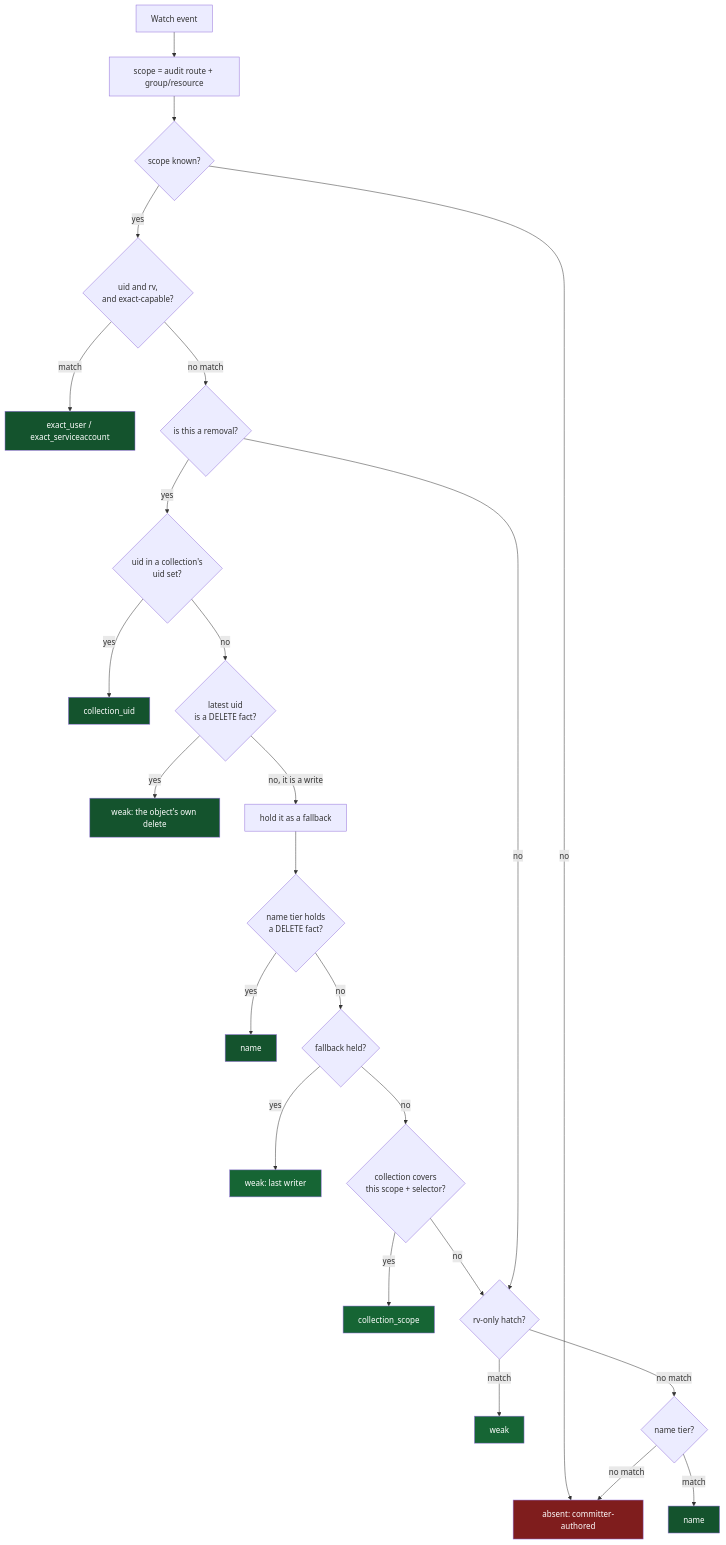
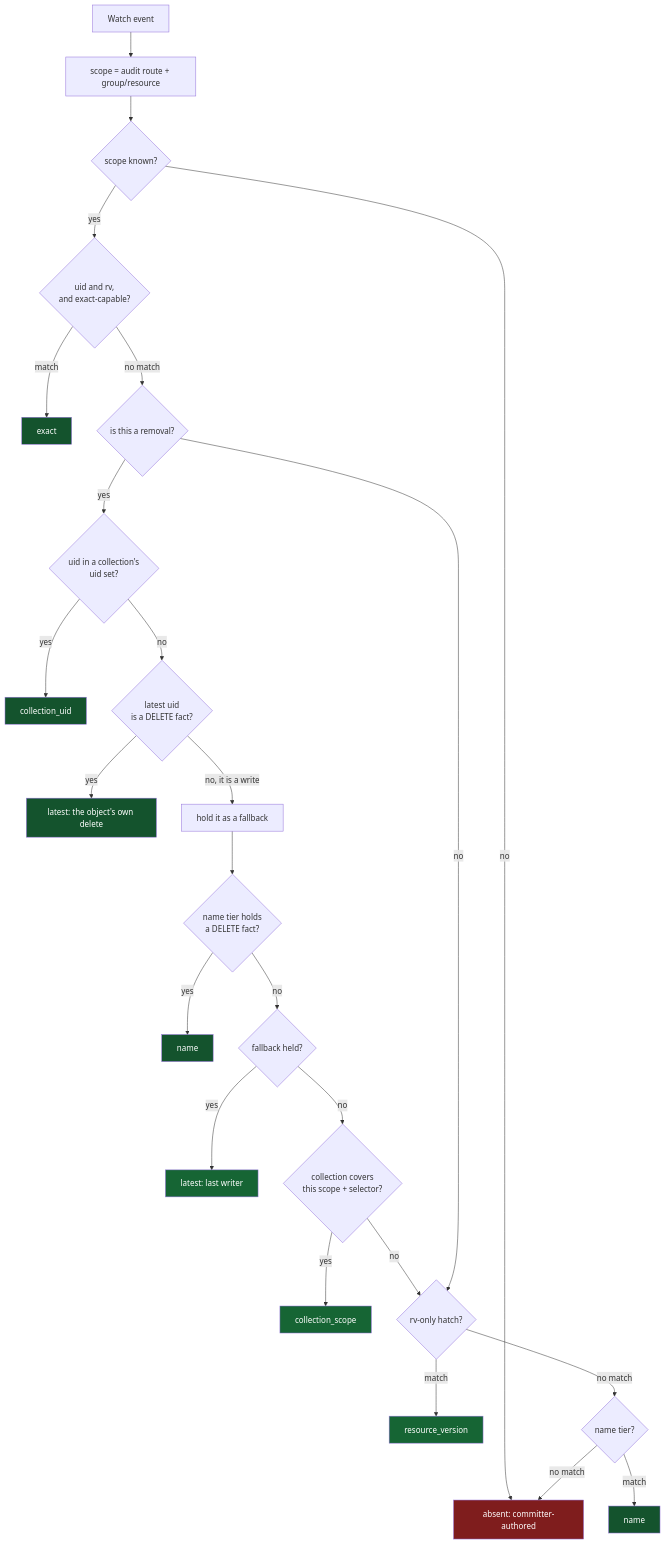
One commit to ConfigButler/gitops-reverser changed the second of 3 diagrams in docs/design/attribution-publish-and-join.md. Above: the diagram before and after it, drawn with Mermaid. The commit also changed other lines of this file and 20 other files, not shown here.

````diff
--- a/docs/design/attribution-publish-and-join.md
+++ b/docs/design/attribution-publish-and-join.md
@@ -79,39 +79,39 @@
 ```mermaid
 flowchart TD
     A[Watch event] --> B[scope = audit route + group/resource]
     B --> C{scope known?}
     C -->|no| Z[absent: committer-authored]
     C -->|yes| D{uid and rv,<br/>and exact-capable?}
 
-    D -->|match| E[exact_user / exact_serviceaccount]
+    D -->|match| E[exact]
     D -->|no match| F{is this a removal?}
 
     F -->|yes| G{uid in a collection's<br/>uid set?}
     G -->|yes| H[collection_uid]
     G -->|no| I{latest uid<br/>is a DELETE fact?}
-    I -->|yes| J[weak: the object's own delete]
+    I -->|yes| J[latest: the object's own delete]
     I -->|no, it is a write| K[hold it as a fallback]
     K --> L{name tier holds<br/>a DELETE fact?}
     L -->|yes| M[name]
     L -->|no| N{fallback held?}
-    N -->|yes| O[weak: last writer]
+    N -->|yes| O[latest: last writer]
     N -->|no| P{collection covers<br/>this scope + selector?}
     P -->|yes| Q[collection_scope]
     P -->|no| R
 
     F -->|no| R{rv-only hatch?}
-    R -->|match| S[weak]
+    R -->|match| S[resource_version]
     R -->|no match| T{name tier?}
     T -->|match| U[name]
     T -->|no match| Z
 
     style Z fill:#7f1d1d,color:#fff
     style E fill:#14532d,color:#fff
     style H fill:#14532d,color:#fff
     style J fill:#14532d,color:#fff
     style M fill:#14532d,color:#fff
     style O fill:#166534,color:#fff
     style Q fill:#166534,color:#fff
     style S fill:#166534,color:#fff
     style U fill:#14532d,color:#fff
 ```
````
